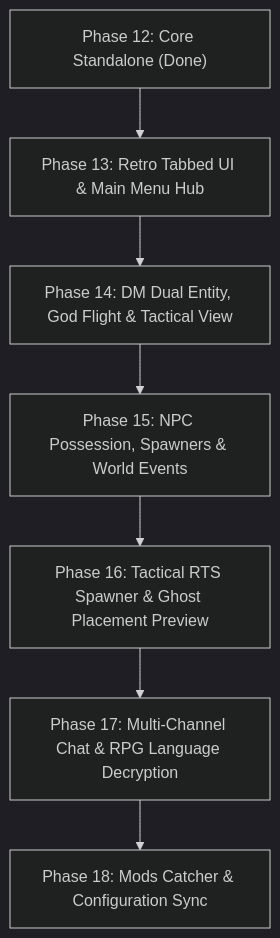
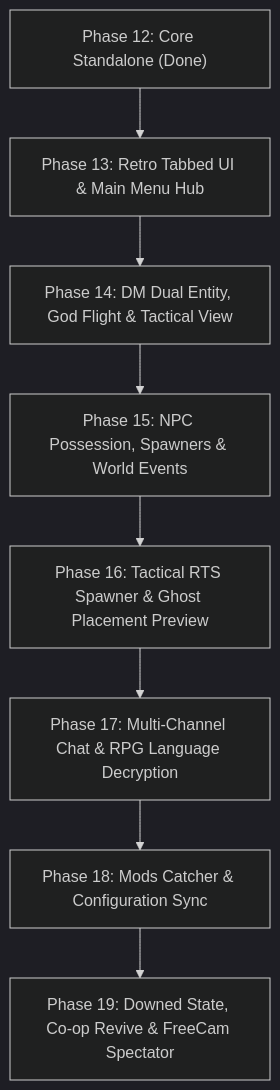
Before and after one commit to BauerPablo/DFUM-DungeonMaster: the diagram in Docs/PRD_TTRPG_MASTER_SUITE.md, drawn with Mermaid (dark theme). The commit also changed other lines of this file and 8 other files, not shown here.

````diff
--- a/Docs/PRD_TTRPG_MASTER_SUITE.md
+++ b/Docs/PRD_TTRPG_MASTER_SUITE.md
@@ -25,9 +26,10 @@
 ```mermaid
 flowchart TD
     P12["Phase 12: Core Standalone (Done)"] --> P13["Phase 13: Retro Tabbed UI & Main Menu Hub"]
     P13 --> P14["Phase 14: DM Dual Entity, God Flight & Tactical View"]
     P14 --> P15["Phase 15: NPC Possession, Spawners & World Events"]
     P15 --> P16["Phase 16: Tactical RTS Spawner & Ghost Placement Preview"]
     P16 --> P17["Phase 17: Multi-Channel Chat & RPG Language Decryption"]
     P17 --> P18["Phase 18: Mods Catcher & Configuration Sync"]
+    P18 --> P19["Phase 19: Downed State, Co-op Revive & FreeCam Spectator"]
 ```
````
